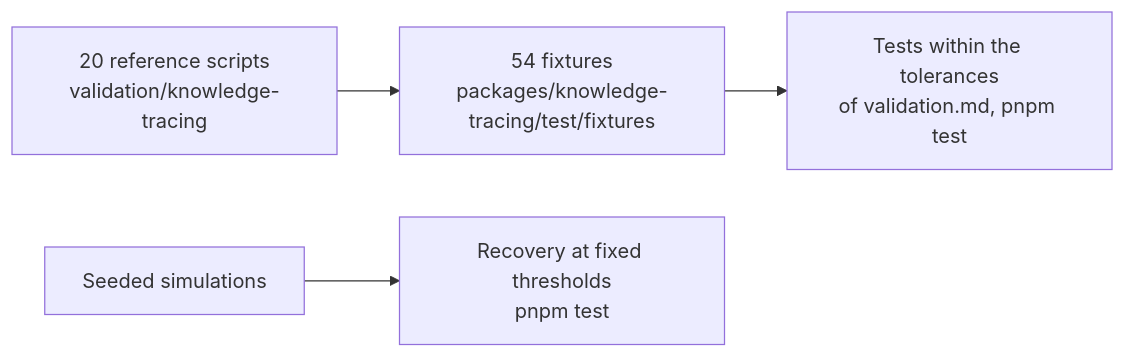
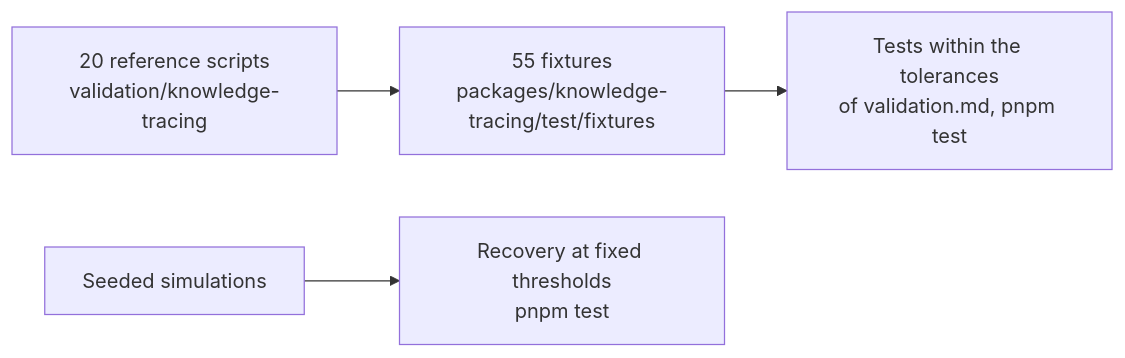
Before and after one commit to measurekit/measurekit: the diagram in docs/knowledge-tracing/evidence.md, drawn with Mermaid. The commit also changed other lines of this file and 1 other file, not shown here.

First line of the commit message:
Count the reference scripts and fixtures of the evidence pages at the main of 2026-11-06

````diff
--- a/docs/knowledge-tracing/evidence.md
+++ b/docs/knowledge-tracing/evidence.md
@@ -8,6 +8,6 @@
 ```mermaid
 flowchart LR
-  scripts["20 reference scripts<br/>validation/knowledge-tracing"] --> fixtures["54 fixtures<br/>packages/knowledge-tracing/test/fixtures"]
+  scripts["20 reference scripts<br/>validation/knowledge-tracing"] --> fixtures["55 fixtures<br/>packages/knowledge-tracing/test/fixtures"]
   fixtures --> tests["Tests within the tolerances<br/>of validation.md, pnpm test"]
   sim["Seeded simulations"] --> recovery["Recovery at fixed thresholds<br/>pnpm test"]
 ```
````
